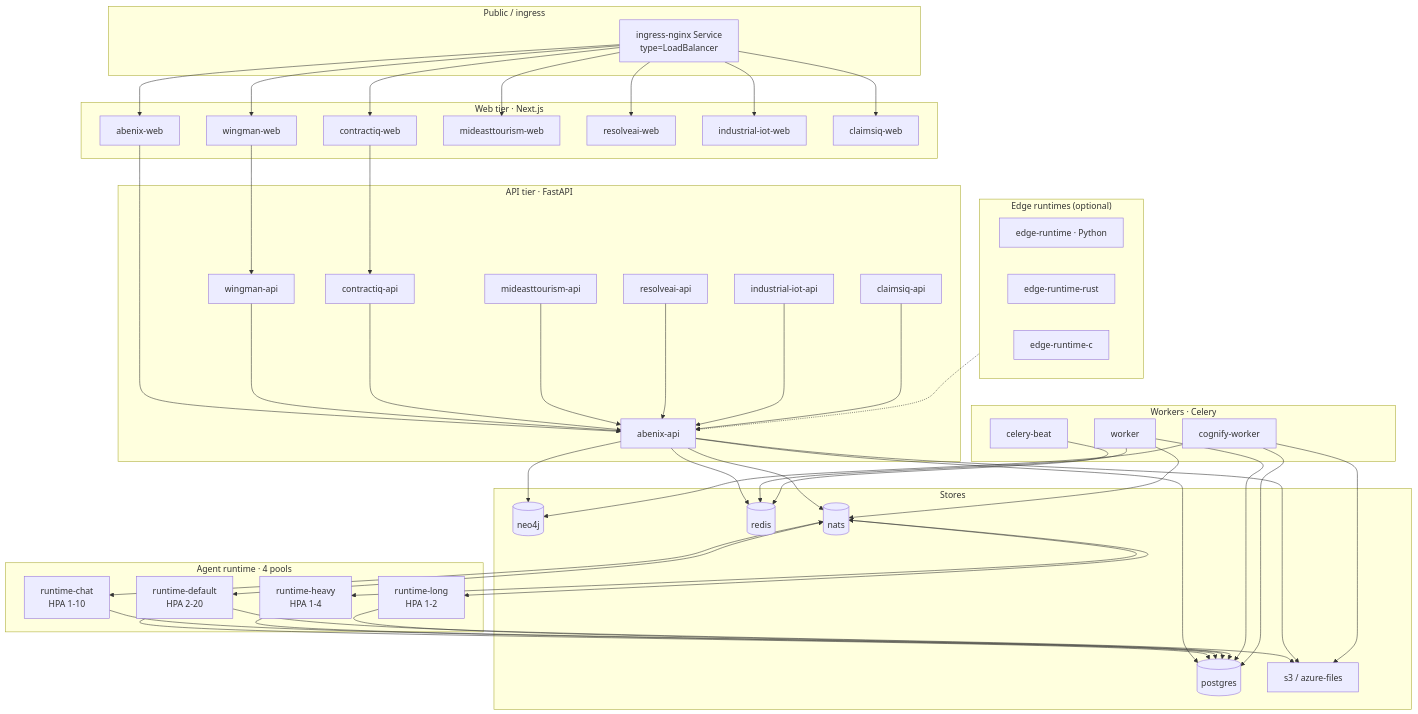
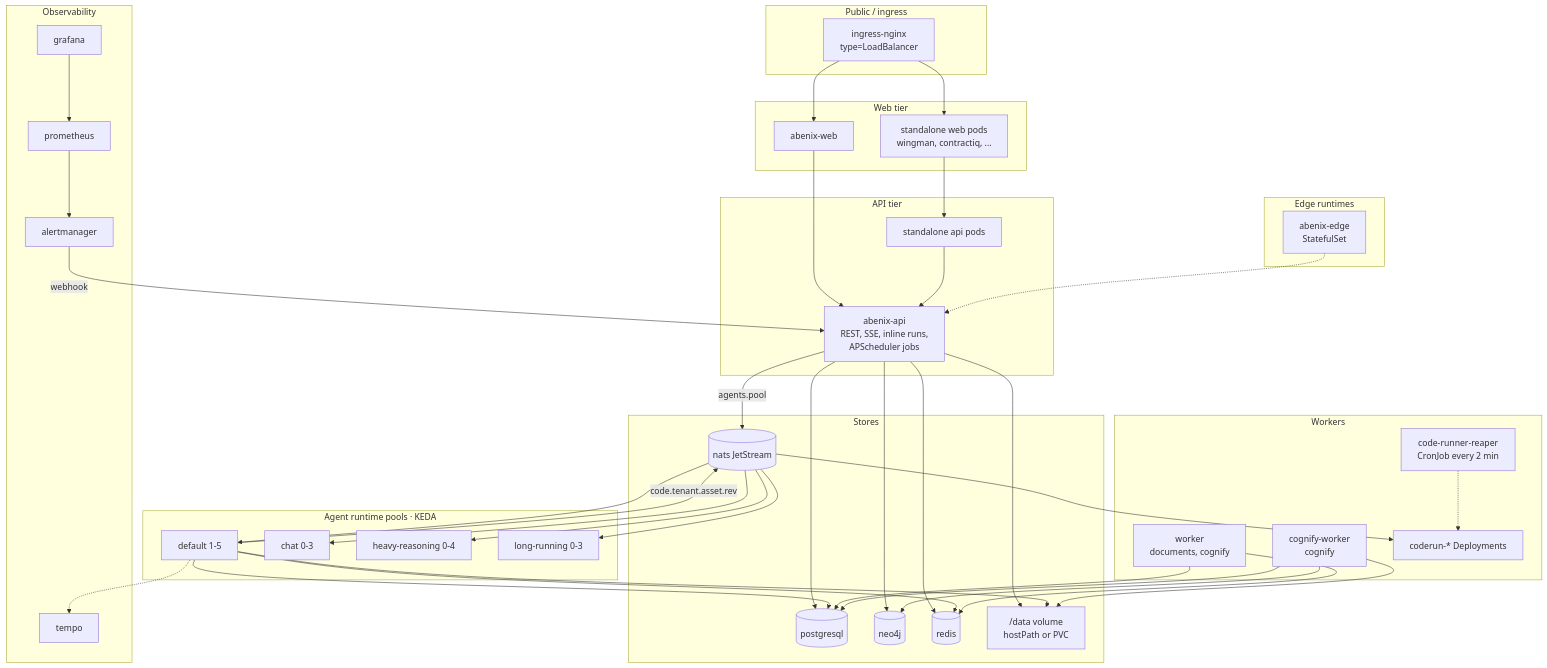
Before and after one commit to sarkar4777/abenix: the diagram in apps/web/public/dev-docs/01-architecture/03-services.md, drawn with Mermaid. The commit also changed other lines of this file and 288 other files, not shown here.

````diff
--- a/apps/web/public/dev-docs/01-architecture/03-services.md
+++ b/apps/web/public/dev-docs/01-architecture/03-services.md
@@ -11,98 +15,85 @@
 ```mermaid
 flowchart TB
   subgraph PUBLIC["Public / ingress"]
-    ING[ingress-nginx Service<br/>type=LoadBalancer]
+    ING[ingress-nginx<br/>type=LoadBalancer]
   end
 
-  subgraph WEB_TIER["Web tier · Next.js"]
+  subgraph WEB_TIER["Web tier"]
     AW[abenix-web]
-    WW[wingman-web]
-    CW[contractiq-web]
-    SW[mideasttourism-web]
-    RW[resolveai-web]
-    IW[industrial-iot-web]
-    CIW[claimsiq-web]
+    SAW[standalone web pods<br/>wingman, contractiq, ...]
   end
 
-  subgraph API_TIER["API tier · FastAPI"]
-    AAPI[abenix-api]
-    WAPI[wingman-api]
-    CAPI[contractiq-api]
-    SAPI[mideasttourism-api]
-    RAPI[resolveai-api]
-    IAPI[industrial-iot-api]
-    CIAPI[claimsiq-api]
+  subgraph API_TIER["API tier"]
+    AAPI[abenix-api<br/>REST, SSE, inline runs,<br/>APScheduler jobs]
+    SAAPI[standalone api pods]
   end
 
-  subgraph RUNTIME["Agent runtime · 4 pools"]
-    AR1[runtime-default<br/>HPA 2-20]
-    AR2[runtime-chat<br/>HPA 1-10]
-    AR3[runtime-heavy<br/>HPA 1-4]
-    AR4[runtime-long<br/>HPA 1-2]
+  subgraph RUNTIME["Agent runtime pools · KEDA"]
+    AR1[default 1-5]
+    AR2[chat 0-3]
+    AR3[heavy-reasoning 0-4]
+    AR4[long-running 0-3]
   end
 
-  subgraph WORKERS["Workers · Celery"]
-    W[worker]
-    CW2[cognify-worker]
-    BEAT[celery-beat]
+  subgraph WORKERS["Workers"]
+    W[worker<br/>documents, cognify]
+    CW2[cognify-worker<br/>cognify]
+    CR[coderun-* Deployments]
+    REAP[code-runner-reaper<br/>CronJob every 2 min]
   end
 
   subgraph STORES["Stores"]
-    PG[(postgres)]
+    PG[(postgresql)]
     NEO[(neo4j)]
     R[(redis)]
-    NATS[(nats)]
-    S3[s3 / azure-files]
+    NATS[(nats JetStream)]
+    FS["/data volume<br/>hostPath or PVC"]
   end
 
-  subgraph EDGE["Edge runtimes (optional)"]
-    ERPY[edge-runtime · Python]
-    ERRS[edge-runtime-rust]
-    ERC[edge-runtime-c]
+  subgraph OBS["Observability"]
+    PROM[prometheus]
+    AM[alertmanager]
+    GRAF[grafana]
+    TEMPO[tempo]
+  end
+
+  subgraph EDGE["Edge runtimes"]
+    ERPY[abenix-edge<br/>StatefulSet]
   end
 
   ING --> AW
-  ING --> WW
-  ING --> CW
-  ING --> SW
-  ING --> RW
-  ING --> IW
-  ING --> CIW
-
+  ING --> SAW
   AW --> AAPI
-  WW --> WAPI
-  CW --> CAPI
-  WAPI --> AAPI
-  CAPI --> AAPI
-  SAPI --> AAPI
-  RAPI --> AAPI
-  IAPI --> AAPI
-  CIAPI --> AAPI
+  SAW --> SAAPI
+  SAAPI --> AAPI
 
   AAPI --> PG
   AAPI --> NEO
   AAPI --> R
-  AAPI --> NATS
+  AAPI --> FS
+  AAPI -- agents.pool --> NATS
 
-  NATS <--> AR1
-  NATS <--> AR2
-  NATS <--> AR3
-  NATS <--> AR4
+  NATS --> AR1
+  NATS --> AR2
+  NATS --> AR3
+  NATS --> AR4
 
   AR1 --> PG
-  AR1 --> S3
-  AR2 --> PG
-  AR3 --> PG
-  AR4 --> PG
+  AR1 --> R
+  AR1 --> FS
+  AR1 -- code.tenant.asset.rev --> NATS
+  NATS --> CR
+  REAP -.-> CR
 
-  AAPI --> S3
   W --> PG
   W --> R
-  W --> NATS
   CW2 --> PG
   CW2 --> NEO
-  CW2 --> S3
-  BEAT --> R
+  CW2 --> FS
 
-  EDGE -.-> AAPI
+  PROM --> AM
+  AM -- webhook --> AAPI
+  GRAF --> PROM
+  AR1 -.-> TEMPO
+  ERPY -.-> AAPI
 ```
````
